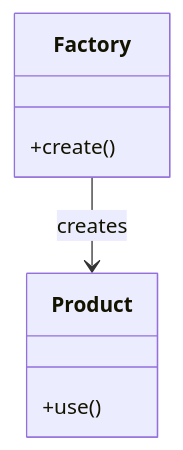
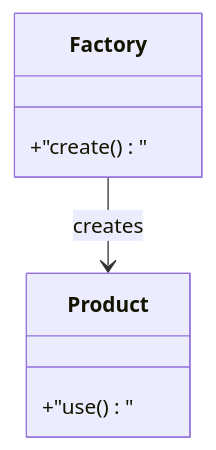
Before and after one commit to 42jerrykim/42jerrykim.github.io: the fifth of 10 diagrams in content/post/2024/2024-10-15-csharp-generic/index.md, drawn with Mermaid. The commit also changed other lines of this file and 239 other files, not shown here.

````diff
--- a/content/post/2024/2024-10-15-csharp-generic/index.md
+++ b/content/post/2024/2024-10-15-csharp-generic/index.md
@@ -493,10 +477,10 @@
 ```mermaid
 classDiagram
     class Factory {
-        +create()
+        +"create()"
     }
     class Product {
-        +use()
+        +"use()"
     }
     Factory --> Product : creates
 ```
````
